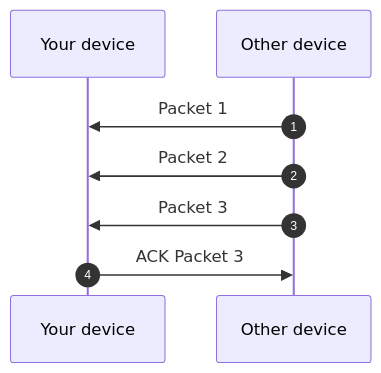
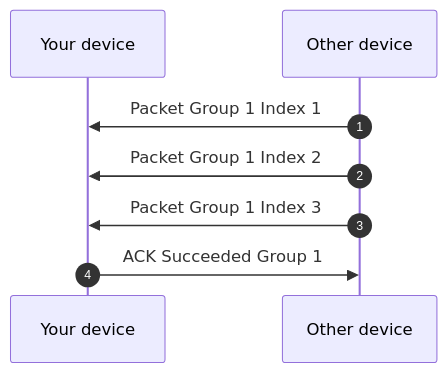
One commit to 4surix/honeybee changed the second of 3 diagrams in mechanisms/ACKNOWLEDGEMENT.md. Above: the diagram before and after it, drawn with Mermaid. The commit also changed other lines of this file and 11 other files, not shown here.

````diff
--- a/mechanisms/ACKNOWLEDGEMENT.md
+++ b/mechanisms/ACKNOWLEDGEMENT.md
@@ -99,11 +97,11 @@
 ```mermaid
 sequenceDiagram
     autonumber
     participant DeviceX as Your device
     participant DeviceN as Other device
 
-    DeviceN ->> DeviceX: Packet 1
-    DeviceN ->> DeviceX: Packet 2
-    DeviceN ->> DeviceX: Packet 3
-    DeviceX ->> DeviceN: ACK Packet 3
+    DeviceN ->> DeviceX: Packet Group 1 Index 1
+    DeviceN ->> DeviceX: Packet Group 1 Index 2
+    DeviceN ->> DeviceX: Packet Group 1 Index 3
+    DeviceX ->> DeviceN: ACK Succeeded Group 1
 ```
````
